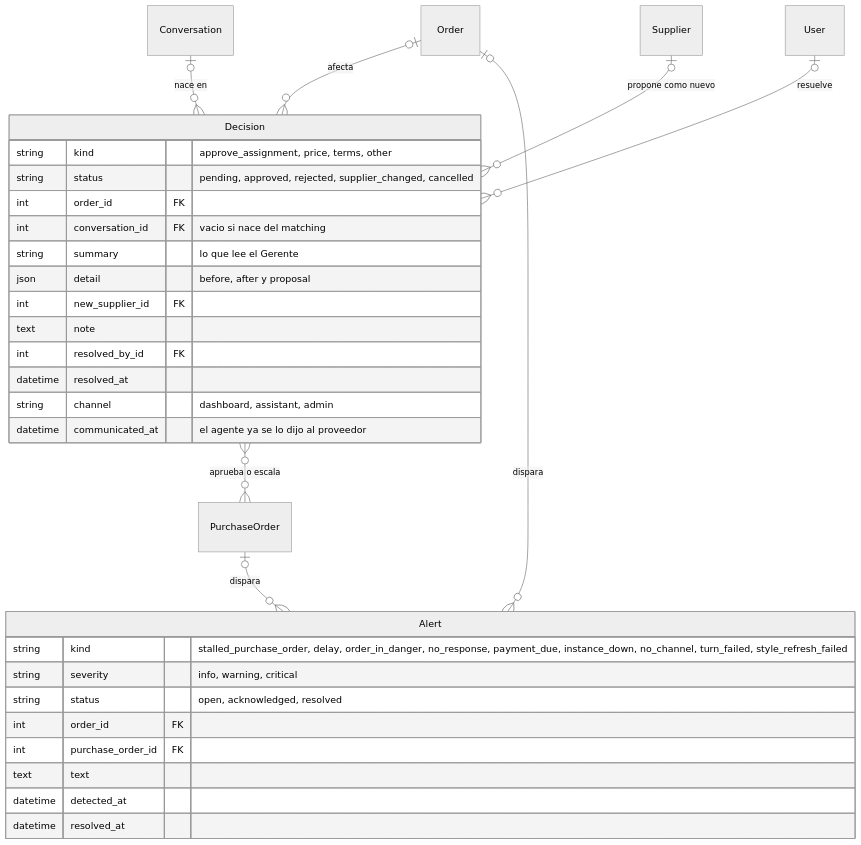
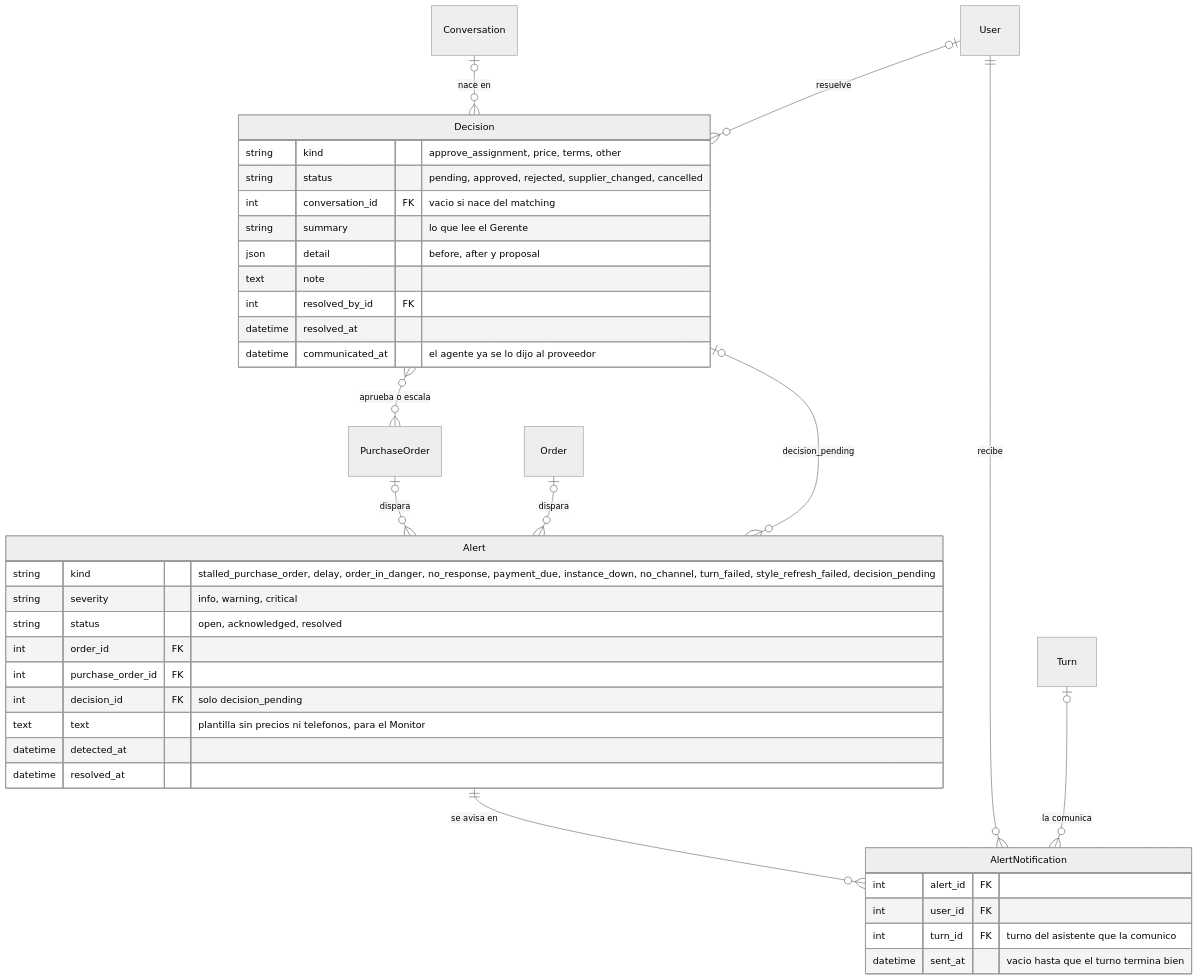
The fifth of 11 diagrams in docs/backend/modelo-de-datos.md (oscargicast/corpotex), drawn with Mermaid (neutral theme) before and after one commit. The commit also changed other lines of this file and 32 other files, not shown here.

````diff
--- a/docs/backend/modelo-de-datos.md
+++ b/docs/backend/modelo-de-datos.md
@@ -601,35 +606,41 @@
 ```mermaid
 erDiagram
     Decision }o--o{ PurchaseOrder : "aprueba o escala"
-    Order |o--o{ Decision : "afecta"
     Conversation |o--o{ Decision : "nace en"
-    Supplier |o--o{ Decision : "propone como nuevo"
     User |o--o{ Decision : "resuelve"
     PurchaseOrder |o--o{ Alert : "dispara"
     Order |o--o{ Alert : "dispara"
+    Decision |o--o{ Alert : "decision_pending"
+    Alert ||--o{ AlertNotification : "se avisa en"
+    User ||--o{ AlertNotification : "recibe"
+    Turn |o--o{ AlertNotification : "la comunica"
 
     Decision {
         string kind "approve_assignment, price, terms, other"
         string status "pending, approved, rejected, supplier_changed, cancelled"
-        int order_id FK
         int conversation_id FK "vacio si nace del matching"
         string summary "lo que lee el Gerente"
         json detail "before, after y proposal"
-        int new_supplier_id FK
         text note
         int resolved_by_id FK
         datetime resolved_at
-        string channel "dashboard, assistant, admin"
         datetime communicated_at "el agente ya se lo dijo al proveedor"
     }
     Alert {
-        string kind "stalled_purchase_order, delay, order_in_danger, no_response, payment_due, instance_down, no_channel, turn_failed, style_refresh_failed"
+        string kind "stalled_purchase_order, delay, order_in_danger, no_response, payment_due, instance_down, no_channel, turn_failed, style_refresh_failed, decision_pending"
         string severity "info, warning, critical"
         string status "open, acknowledged, resolved"
         int order_id FK
         int purchase_order_id FK
-        text text
+        int decision_id FK "solo decision_pending"
+        text text "plantilla sin precios ni telefonos, para el Monitor"
         datetime detected_at
         datetime resolved_at
     }
+    AlertNotification {
+        int alert_id FK
+        int user_id FK
+        int turn_id FK "turno del asistente que la comunico"
+        datetime sent_at "vacio hasta que el turno termina bien"
+    }
 ```
````
